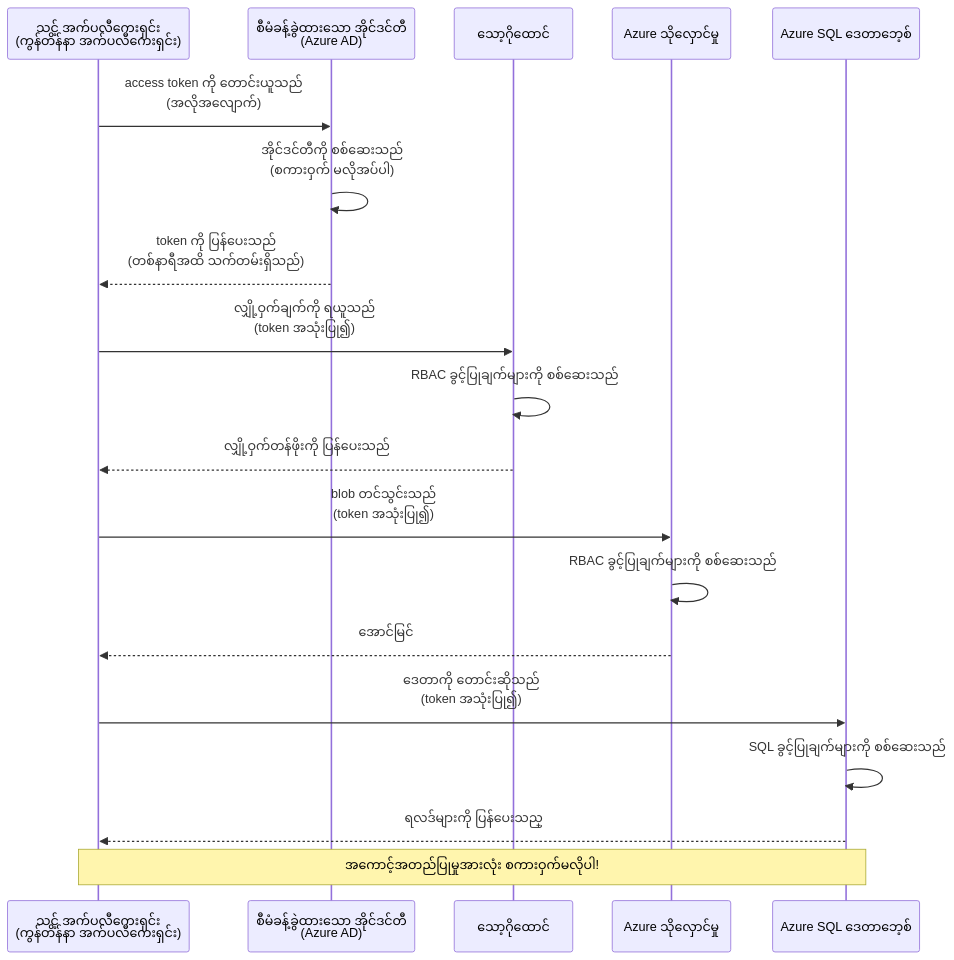
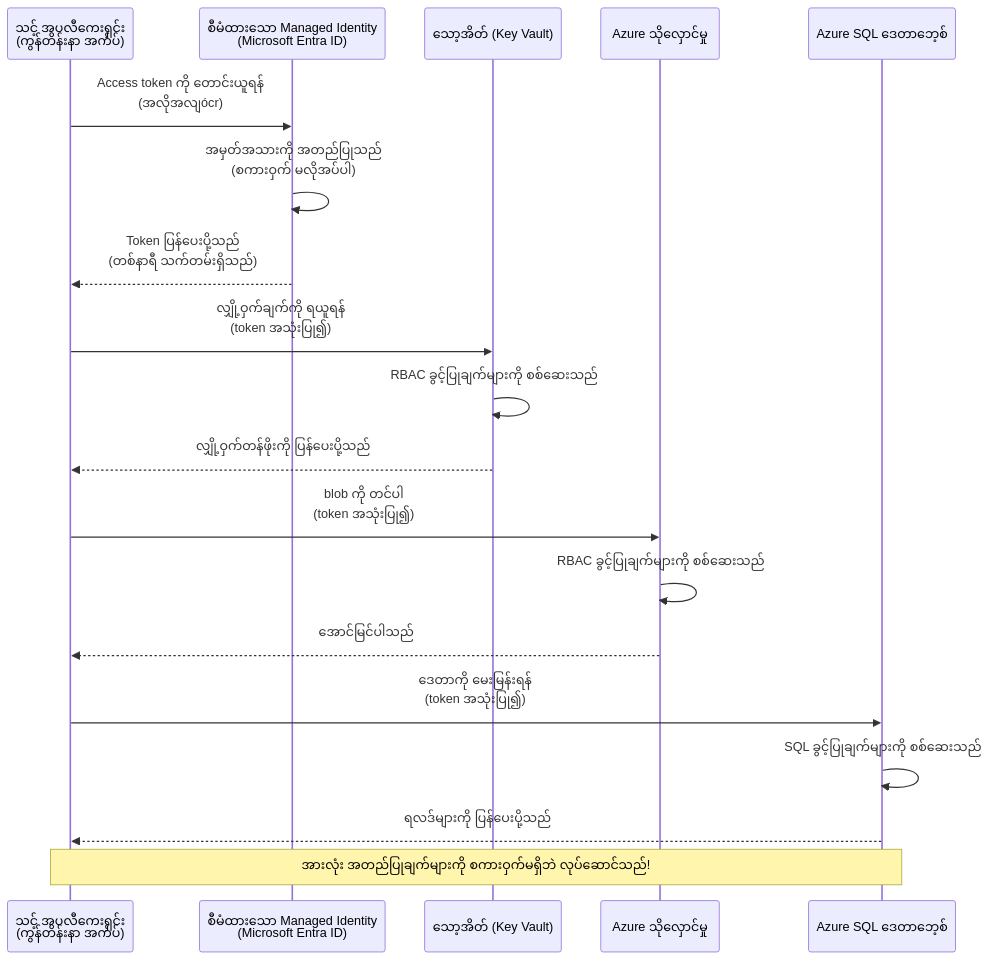
The first of 2 diagrams in translations/my/docs/chapter-03-configuration/authsecurity.md (microsoft/AZD-for-beginners), drawn with Mermaid before and after one commit. The commit also changed other lines of this file and 104 other files, not shown here.

````diff
--- a/translations/my/docs/chapter-03-configuration/authsecurity.md
+++ b/translations/my/docs/chapter-03-configuration/authsecurity.md
@@ -69,26 +69,26 @@
 ```mermaid
 sequenceDiagram
-    participant App as သင့် အက်ပလီကေးရှင်း<br/>(ကွန်တိန်နာ အက်ပလီကေးရှင်း)
-    participant MI as စီမံခန့်ခွဲထားသော အိုင်ဒင်တီ<br/>(Azure AD)
-    participant KV as သော့ဂိုထောင်
+    participant App as သင့် အပလီကေးရှင်း<br/>(ကွန်တိန်းနာ အက်ပ်)
+    participant MI as စီမံထားသော Managed Identity<br/>(Microsoft Entra ID)
+    participant KV as သော့အိတ် (Key Vault)
     participant Storage as Azure သိုလှောင်မှု
     participant DB as Azure SQL ဒေတာဘေ့စ်
     
-    App->>MI: access token ကို တောင်းယူသည်<br/>(အလိုအလျောက်)
-    MI->>MI: အိုင်ဒင်တီကို စစ်ဆေးသည်<br/>(စကားဝှက် မလိုအပ်ပါ)
-    MI-->>App: token ကို ပြန်ပေးသည်<br/>(တစ်နာရီအထိ သက်တမ်းရှိသည်)
+    App->>MI: Access token ကို တောင်းယူရန်<br/>(အလိုအလျócr)
+    MI->>MI: အမှတ်အသားကို အတည်ပြုသည်<br/>(စကားဝှက် မလိုအပ်ပါ)
+    MI-->>App: Token ပြန်ပေးပို့သည်<br/>(တစ်နာရီ သက်တမ်းရှိသည်)
     
-    App->>KV: လျှို့ဝှက်ချက်ကို ရယူသည်<br/>(token အသုံးပြု၍)
+    App->>KV: လျှို့ဝှက်ချက်ကို ရယူရန်<br/>(token အသုံးပြု၍)
     KV->>KV: RBAC ခွင့်ပြုချက်များကို စစ်ဆေးသည်
-    KV-->>App: လျှို့ဝှက်တန်ဖိုးကို ပြန်ပေးသည်
+    KV-->>App: လျှို့ဝှက်တန်ဖိုးကို ပြန်ပေးပို့သည်
     
-    App->>Storage: blob တင်သွင်းသည်<br/>(token အသုံးပြု၍)
+    App->>Storage: blob ကို တင်ပါ<br/>(token အသုံးပြု၍)
     Storage->>Storage: RBAC ခွင့်ပြုချက်များကို စစ်ဆေးသည်
-    Storage-->>App: အောင်မြင်
+    Storage-->>App: အောင်မြင်ပါသည်
     
-    App->>DB: ဒေတာကို တောင်းဆိုသည်<br/>(token အသုံးပြု၍)
+    App->>DB: ဒေတာကို မေးမြန်းရန်<br/>(token အသုံးပြု၍)
     DB->>DB: SQL ခွင့်ပြုချက်များကို စစ်ဆေးသည်
-    DB-->>App: ရလဒ်များကို ပြန်ပေးသည္
+    DB-->>App: ရလဒ်များကို ပြန်ပေးပို့သည်
     
-    Note over App,DB: အကောင့်အတည်ပြုမှုအားလုံး စကားဝှက်မလိုပါ!
+    Note over App,DB: အားလုံး အတည်ပြုချက်များကို စကားဝှက်မရှိဘဲ လုပ်ဆောင်သည်!
 ```
````
